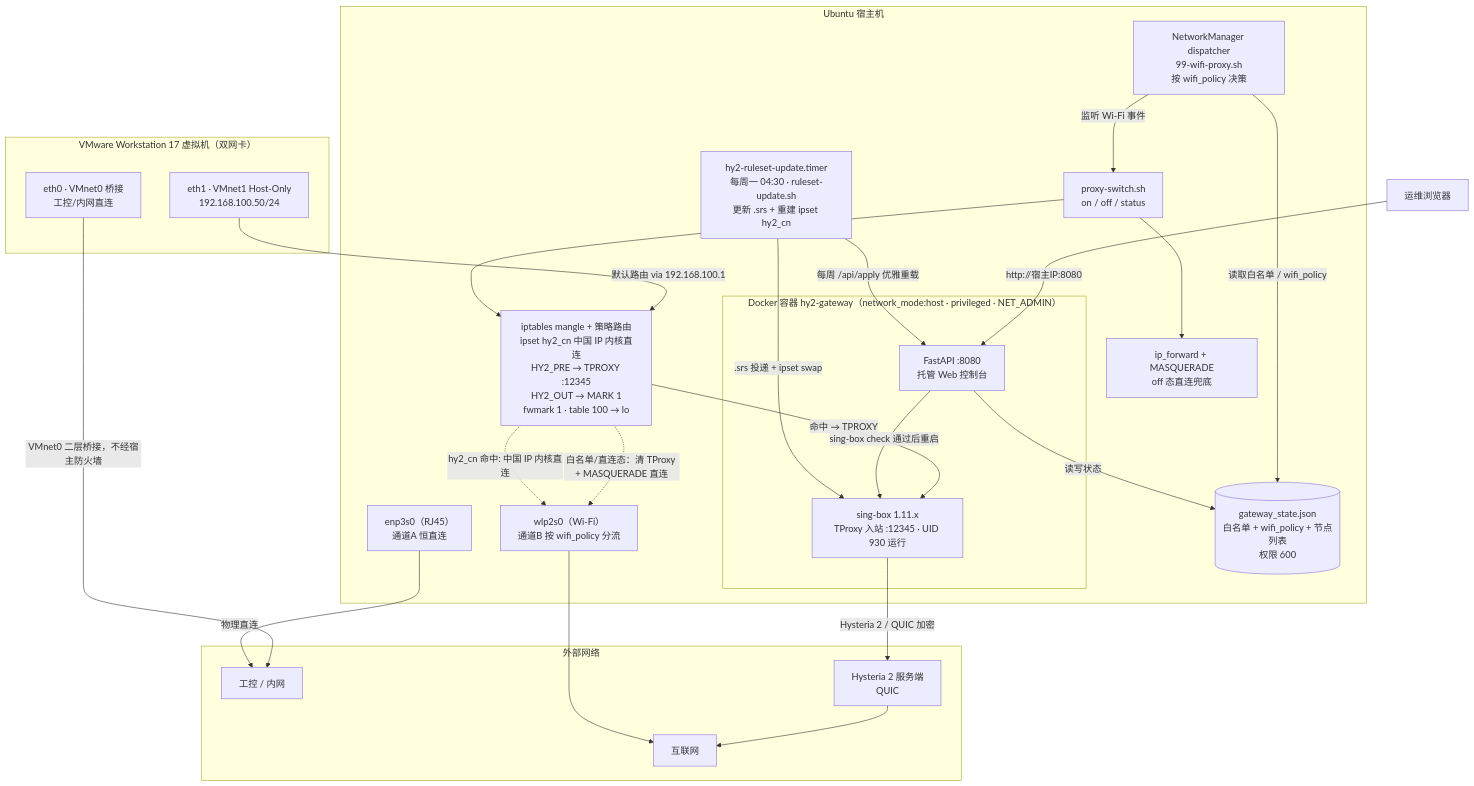
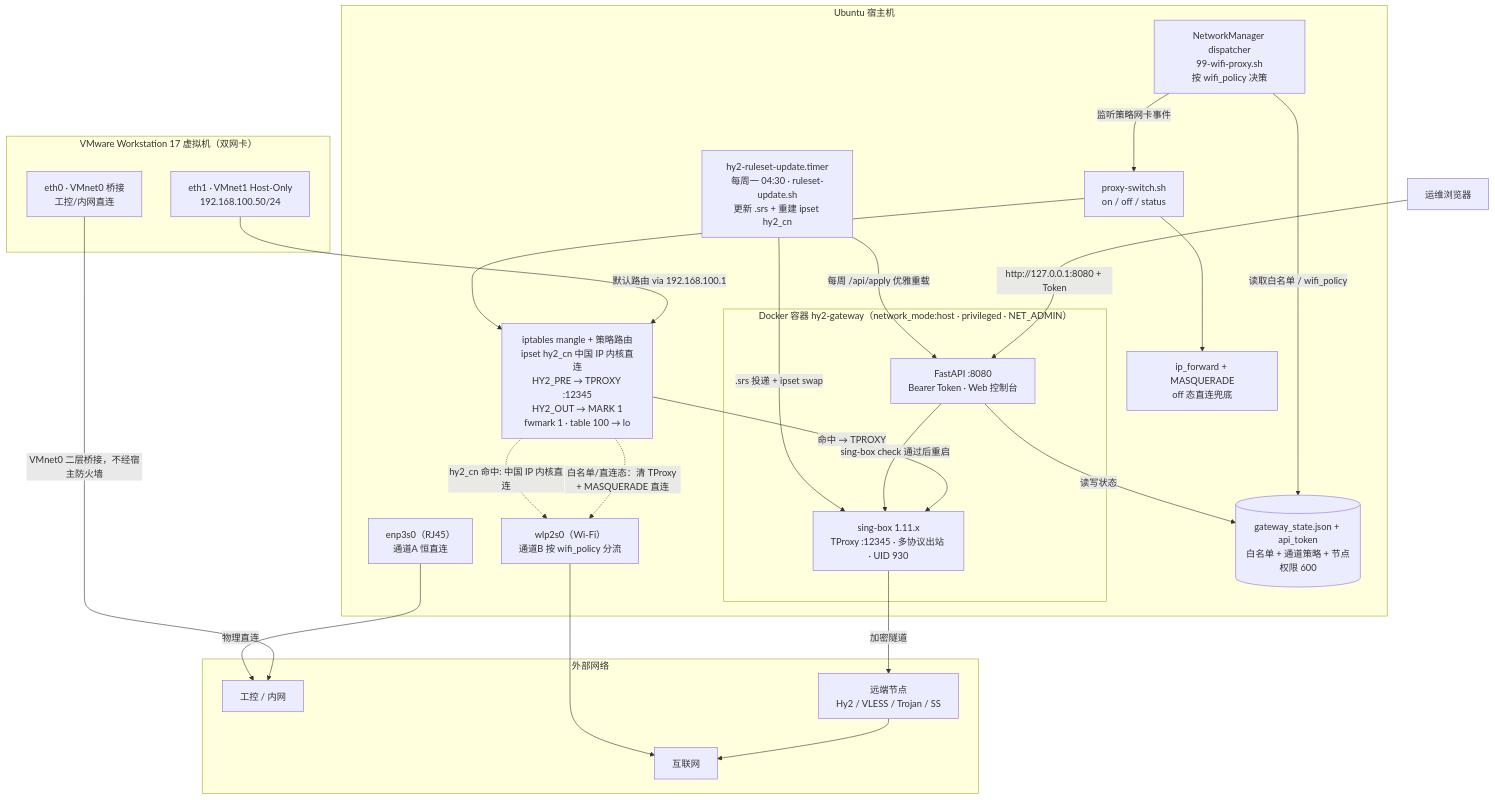
Before and after one commit to Roarpeng/smart-hy2-gateway: the diagram in README.md, drawn with Mermaid. The commit also changed other lines of this file and 18 other files, not shown here.

````diff
--- a/README.md
+++ b/README.md
@@ -20,52 +20,52 @@
 ```mermaid
 flowchart TB
     subgraph VM["VMware Workstation 17 虚拟机（双网卡）"]
         ETH0["eth0 · VMnet0 桥接<br/>工控/内网直连"]
         ETH1["eth1 · VMnet1 Host-Only<br/>192.168.100.50/24"]
     end
 
     subgraph HOST["Ubuntu 宿主机"]
         ENP["enp3s0（RJ45）<br/>通道A 恒直连"]
         WLP["wlp2s0（Wi-Fi）<br/>通道B 按 wifi_policy 分流"]
 
         NM["NetworkManager dispatcher<br/>99-wifi-proxy.sh<br/>按 wifi_policy 决策"]
         PS["proxy-switch.sh<br/>on / off / status"]
         RULES["iptables mangle + 策略路由<br/>ipset hy2_cn 中国 IP 内核直连<br/>HY2_PRE → TPROXY :12345<br/>HY2_OUT → MARK 1<br/>fwmark 1 · table 100 → lo"]
         MASQ["ip_forward + MASQUERADE<br/>off 态直连兜底"]
 
         subgraph DOCKER["Docker 容器 hy2-gateway（network_mode:host · privileged · NET_ADMIN）"]
-            SB["sing-box 1.11.x<br/>TProxy 入站 :12345 · UID 930 运行"]
-            API["FastAPI :8080<br/>托管 Web 控制台"]
+            SB["sing-box 1.11.x<br/>TProxy :12345 · 多协议出站 · UID 930"]
+            API["FastAPI :8080<br/>Bearer Token · Web 控制台"]
         end
 
-        STATE[("gateway_state.json<br/>白名单 + wifi_policy + 节点列表<br/>权限 600")]
+        STATE[("gateway_state.json + api_token<br/>白名单 + 通道策略 + 节点<br/>权限 600")]
         TIMER["hy2-ruleset-update.timer<br/>每周一 04:30 · ruleset-update.sh<br/>更新 .srs + 重建 ipset hy2_cn"]
     end
 
     subgraph OUT["外部网络"]
         LAN["工控 / 内网"]
-        NODE["Hysteria 2 服务端<br/>QUIC"]
+        NODE["远端节点<br/>Hy2 / VLESS / Trojan / SS"]
         INET["互联网"]
     end
 
     BROWSER["运维浏览器"]
 
     ETH0 -->|"VMnet0 二层桥接，不经宿主防火墙"| LAN
     ENP -->|"物理直连"| LAN
     ETH1 -->|"默认路由 via 192.168.100.1"| RULES
-    NM -->|"监听 Wi-Fi 事件"| PS
+    NM -->|"监听策略网卡事件"| PS
     NM -->|"读取白名单 / wifi_policy"| STATE
     PS --> RULES
     PS --> MASQ
     RULES -->|"命中 → TPROXY"| SB
-    SB -->|"Hysteria 2 / QUIC 加密"| NODE
+    SB -->|"加密隧道"| NODE
     NODE --> INET
     RULES -.->|"白名单/直连态：清 TProxy + MASQUERADE 直连"| WLP
     WLP --> INET
-    BROWSER -->|"http://宿主IP:8080"| API
+    BROWSER -->|"http://127.0.0.1:8080 + Token"| API
     API -->|"读写状态"| STATE
     API -->|"sing-box check 通过后重启"| SB
     TIMER -->|".srs 投递 + ipset swap"| SB
     TIMER -->|"每周 /api/apply 优雅重载"| API
     RULES -.->|"hy2_cn 命中: 中国 IP 内核直连"| WLP
 ```
````
